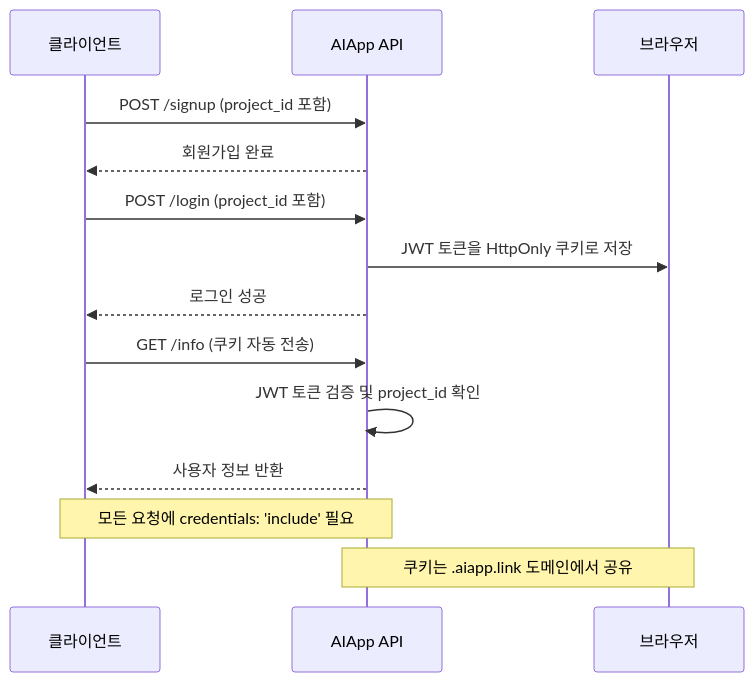
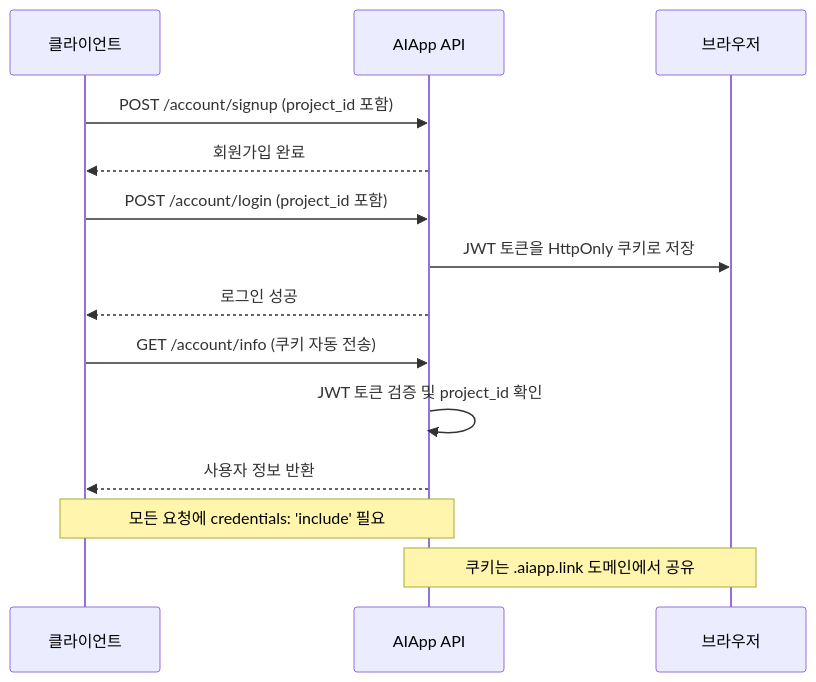
One commit to mbaas-inc/BaaS-MCP changed the diagram in docs/integration/authentication-flow.md. Above: the diagram before and after it, drawn with Mermaid. The commit also changed other lines of this file and 18 other files, not shown here.

````diff
--- a/docs/integration/authentication-flow.md
+++ b/docs/integration/authentication-flow.md
@@ -128,20 +128,20 @@
 ```mermaid
 sequenceDiagram
     participant C as 클라이언트
     participant A as AIApp API
     participant B as 브라우저
 
-    C->>A: POST /signup (project_id 포함)
+    C->>A: POST /account/signup (project_id 포함)
     A-->>C: 회원가입 완료
 
-    C->>A: POST /login (project_id 포함)
+    C->>A: POST /account/login (project_id 포함)
     A->>B: JWT 토큰을 HttpOnly 쿠키로 저장
     A-->>C: 로그인 성공
 
-    C->>A: GET /info (쿠키 자동 전송)
+    C->>A: GET /account/info (쿠키 자동 전송)
     A->>A: JWT 토큰 검증 및 project_id 확인
     A-->>C: 사용자 정보 반환
 
     Note over C,A: 모든 요청에 credentials: 'include' 필요
     Note over A,B: 쿠키는 .aiapp.link 도메인에서 공유
 ```
````
